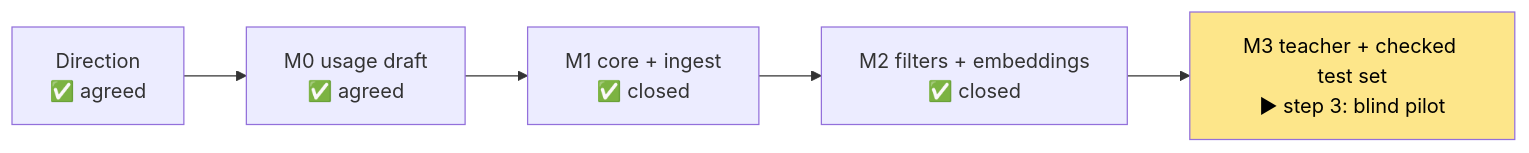
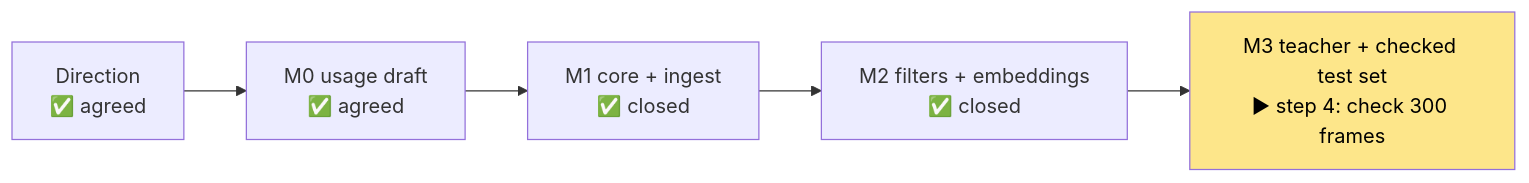
Before and after one commit to cupcakes04/Rin: the diagram in dev/notes/state.md, drawn with Mermaid. The commit also changed other lines of this file and 18 other files, not shown here.

````diff
--- a/dev/notes/state.md
+++ b/dev/notes/state.md
@@ -9,5 +9,5 @@
 ```mermaid
 flowchart LR
-    A["Direction<br/>✅ agreed"] --> D["M0 usage draft<br/>✅ agreed"] --> E["M1 core + ingest<br/>✅ closed"] --> F["M2 filters + embeddings<br/>✅ closed"] --> G["M3 teacher + checked test set<br/>▶ step 3: blind pilot"]
+    A["Direction<br/>✅ agreed"] --> D["M0 usage draft<br/>✅ agreed"] --> E["M1 core + ingest<br/>✅ closed"] --> F["M2 filters + embeddings<br/>✅ closed"] --> G["M3 teacher + checked test set<br/>▶ step 4: check 300 frames"]
     style G fill:#fde68a,color:#000
 ```
````
